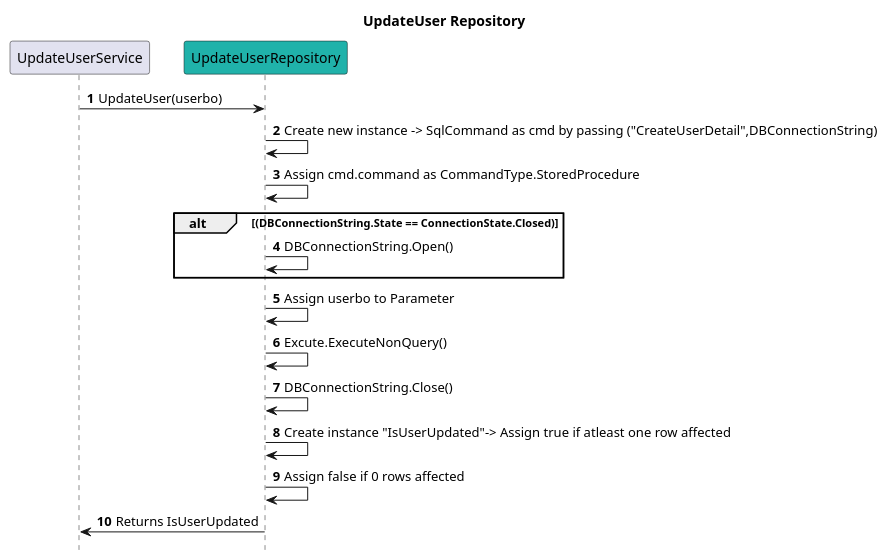
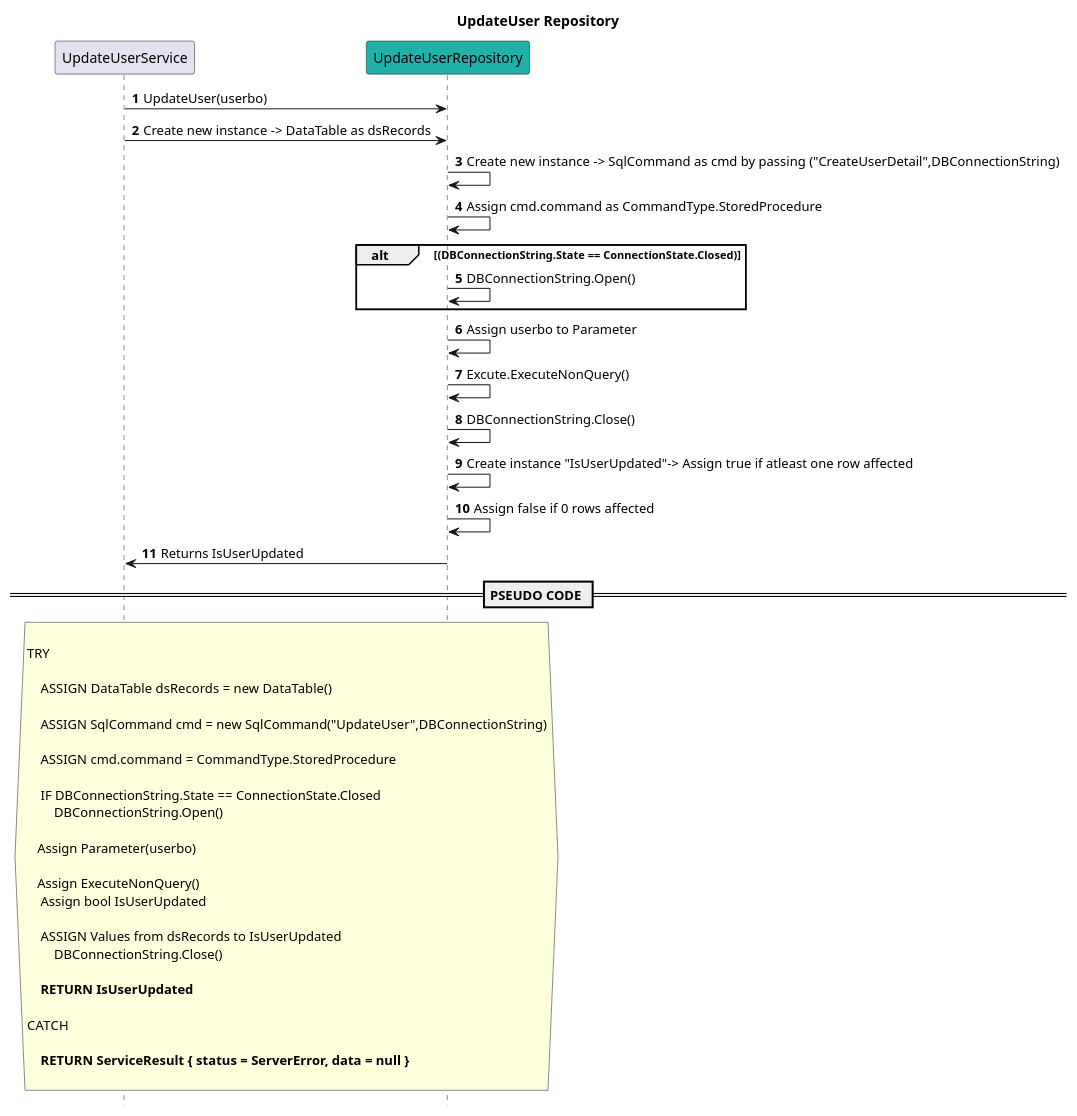
Before and after one commit to Hemarithika-tech/foodie-backend: the diagram in RestaurantAPI/Repository/Design/UpdateUserRepository/UpdateUser.puml, drawn with PlantUML. The commit also changed 12 other files, not shown here.

```diff
--- a/RestaurantAPI/Repository/Design/UpdateUserRepository/UpdateUser.puml
+++ b/RestaurantAPI/Repository/Design/UpdateUserRepository/UpdateUser.puml
@@ -1,35 +1,67 @@
 @startuml
 
 title UpdateUser Repository
 autonumber
 hide footbox
 
 participant UpdateUserService
 participant  UpdateUserRepository #LightSeaGreen
 
+  UpdateUserService->  UpdateUserRepository : UpdateUser(userbo)
 
-  UpdateUserService->  UpdateUserRepository : UpdateUser(userbo)
+  UpdateUserService->  UpdateUserRepository : Create new instance -> DataTable as dsRecords
 
     UpdateUserRepository ->  UpdateUserRepository : Create new instance -> SqlCommand as cmd by passing ("CreateUserDetail",DBConnectionString)
 
     UpdateUserRepository ->  UpdateUserRepository : Assign cmd.command as CommandType.StoredProcedure
     
     alt (DBConnectionString.State == ConnectionState.Closed)
         UpdateUserRepository ->  UpdateUserRepository : DBConnectionString.Open()
     end
 
      UpdateUserRepository -> UpdateUserRepository : Assign userbo to Parameter
 UpdateUserRepository -> UpdateUserRepository : Excute.ExecuteNonQuery()
 
 
     UpdateUserRepository -> UpdateUserRepository: DBConnectionString.Close()
 
  UpdateUserRepository-> UpdateUserRepository: Create instance "IsUserUpdated"-> Assign true if atleast one row affected
     
 UpdateUserRepository -> UpdateUserRepository: Assign false if 0 rows affected
 
    UpdateUserRepository -> UpdateUserService: Returns IsUserUpdated
 
 
+== PSEUDO CODE ==
+
+hnote across
+
+TRY
+
+    ASSIGN DataTable dsRecords = new DataTable()
+
+    ASSIGN SqlCommand cmd = new SqlCommand("UpdateUser",DBConnectionString)
+    
+    ASSIGN cmd.command = CommandType.StoredProcedure
+    
+    IF DBConnectionString.State == ConnectionState.Closed
+        DBConnectionString.Open()
+
+   Assign Parameter(userbo)
+   
+   Assign ExecuteNonQuery()
+    Assign bool IsUserUpdated
+
+    ASSIGN Values from dsRecords to IsUserUpdated
+        DBConnectionString.Close()
+
+    **RETURN IsUserUpdated**
+
+CATCH
+
+    **RETURN ServiceResult { status = ServerError, data = null }**
+    
+end note
+
 
 @enduml
```
